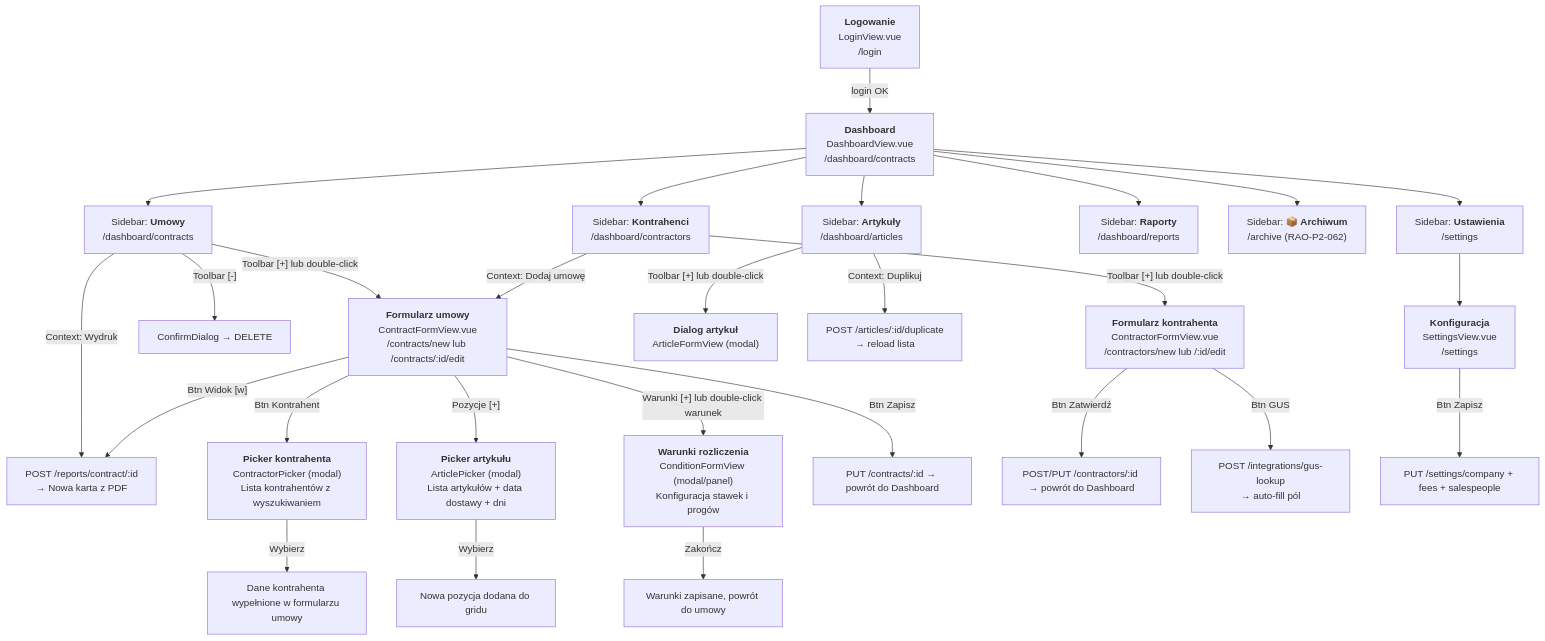
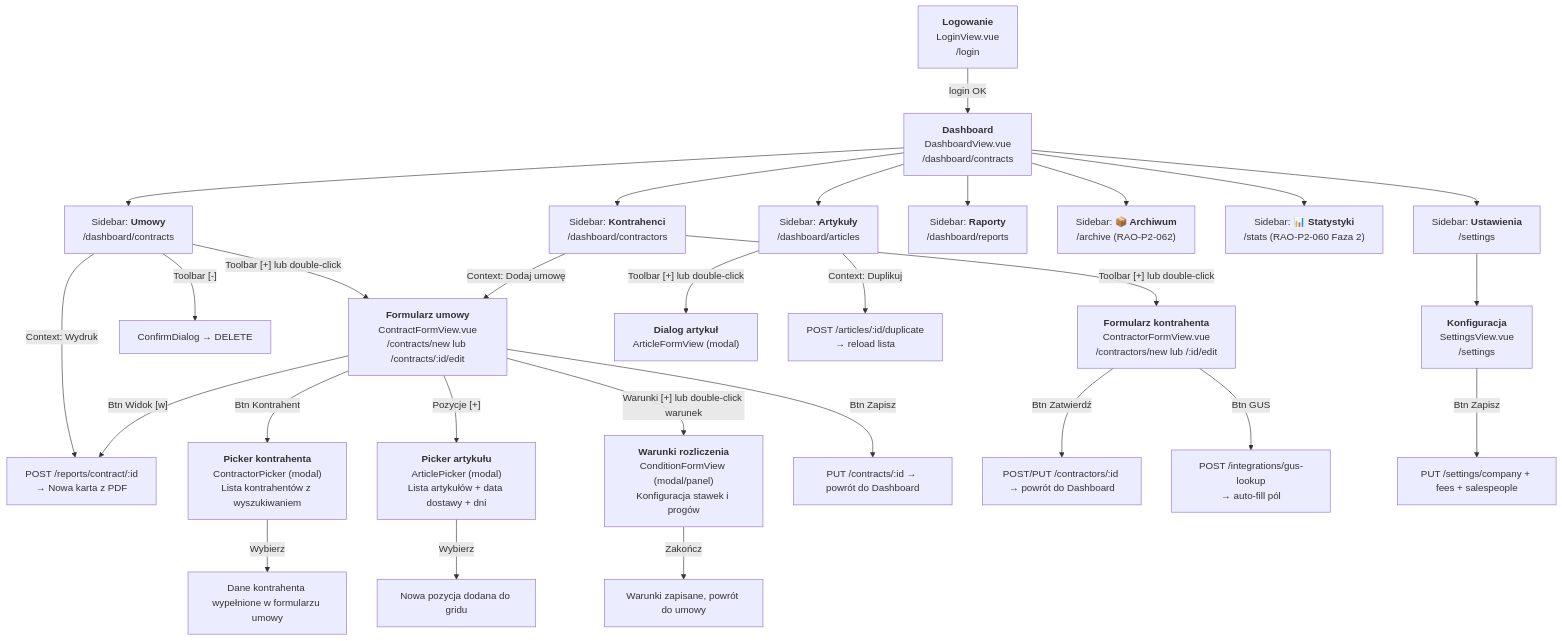
Before and after one commit to matsnd/RaoApp: the diagram in spec/core/06_navigation_flow.md, drawn with Mermaid. The commit also changed other lines of this file and 7 other files, not shown here.

First line of the commit message:
feat(stats): RAO-P2-060 Faza 2 — StatsView.vue + sidebar + routing + CORS

````diff
--- a/spec/core/06_navigation_flow.md
+++ b/spec/core/06_navigation_flow.md
@@ -8,37 +8,38 @@
 ```mermaid
 graph TD
     A["<b>Logowanie</b><br/>LoginView.vue<br/>/login"] -->|login OK| B["<b>Dashboard</b><br/>DashboardView.vue<br/>/dashboard/contracts"]
 
     B --> B1["Sidebar: <b>Umowy</b><br/>/dashboard/contracts"]
     B --> B2["Sidebar: <b>Kontrahenci</b><br/>/dashboard/contractors"]
     B --> B3["Sidebar: <b>Artykuły</b><br/>/dashboard/articles"]
     B --> B4["Sidebar: <b>Raporty</b><br/>/dashboard/reports"]
     B --> B6["Sidebar: <b>📦 Archiwum</b><br/>/archive (RAO-P2-062)"]
+    B --> B7["Sidebar: <b>📊 Statystyki</b><br/>/stats (RAO-P2-060 Faza 2)"]
     B --> B5["Sidebar: <b>Ustawienia</b><br/>/settings"]
 
     B1 -->|"Toolbar [+] lub double-click"| C["<b>Formularz umowy</b><br/>ContractFormView.vue<br/>/contracts/new lub /contracts/:id/edit"]
     B1 -->|"Toolbar [-]"| D["ConfirmDialog → DELETE"]
     B1 -->|"Context: Wydruk"| E["POST /reports/contract/:id<br/>→ Nowa karta z PDF"]
 
     B2 -->|"Toolbar [+] lub double-click"| F["<b>Formularz kontrahenta</b><br/>ContractorFormView.vue<br/>/contractors/new lub /:id/edit"]
     B2 -->|"Context: Dodaj umowę"| C
 
     B3 -->|"Toolbar [+] lub double-click"| G["<b>Dialog artykuł</b><br/>ArticleFormView (modal)"]
     B3 -->|"Context: Duplikuj"| H["POST /articles/:id/duplicate<br/>→ reload lista"]
 
     C -->|"Btn Kontrahent"| I["<b>Picker kontrahenta</b><br/>ContractorPicker (modal)<br/>Lista kontrahentów z wyszukiwaniem"]
     C -->|"Pozycje [+]"| J["<b>Picker artykułu</b><br/>ArticlePicker (modal)<br/>Lista artykułów + data dostawy + dni"]
     C -->|"Warunki [+] lub double-click warunek"| K["<b>Warunki rozliczenia</b><br/>ConditionFormView (modal/panel)<br/>Konfiguracja stawek i progów"]
     C -->|"Btn Widok [w]"| E
     C -->|"Btn Zapisz"| L["PUT /contracts/:id → powrót do Dashboard"]
 
     I -->|Wybierz| M["Dane kontrahenta wypełnione w formularzu umowy"]
     J -->|Wybierz| N["Nowa pozycja dodana do gridu"]
     K -->|Zakończ| O["Warunki zapisane, powrót do umowy"]
 
     F -->|"Btn Zatwierdź"| P["POST/PUT /contractors/:id → powrót do Dashboard"]
     F -->|"Btn GUS"| Q["POST /integrations/gus-lookup<br/>→ auto-fill pól"]
 
     B5 --> R["<b>Konfiguracja</b><br/>SettingsView.vue<br/>/settings"]
     R -->|"Btn Zapisz"| S["PUT /settings/company + fees + salespeople"]
 ```
````
